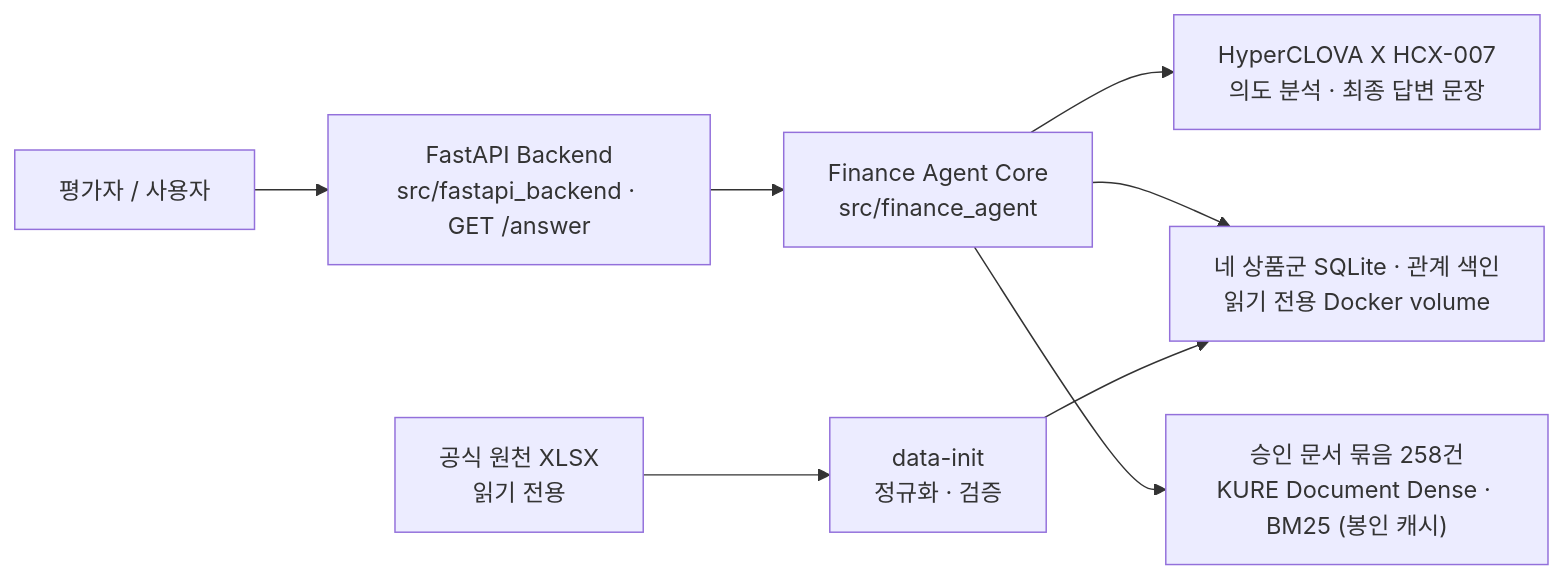
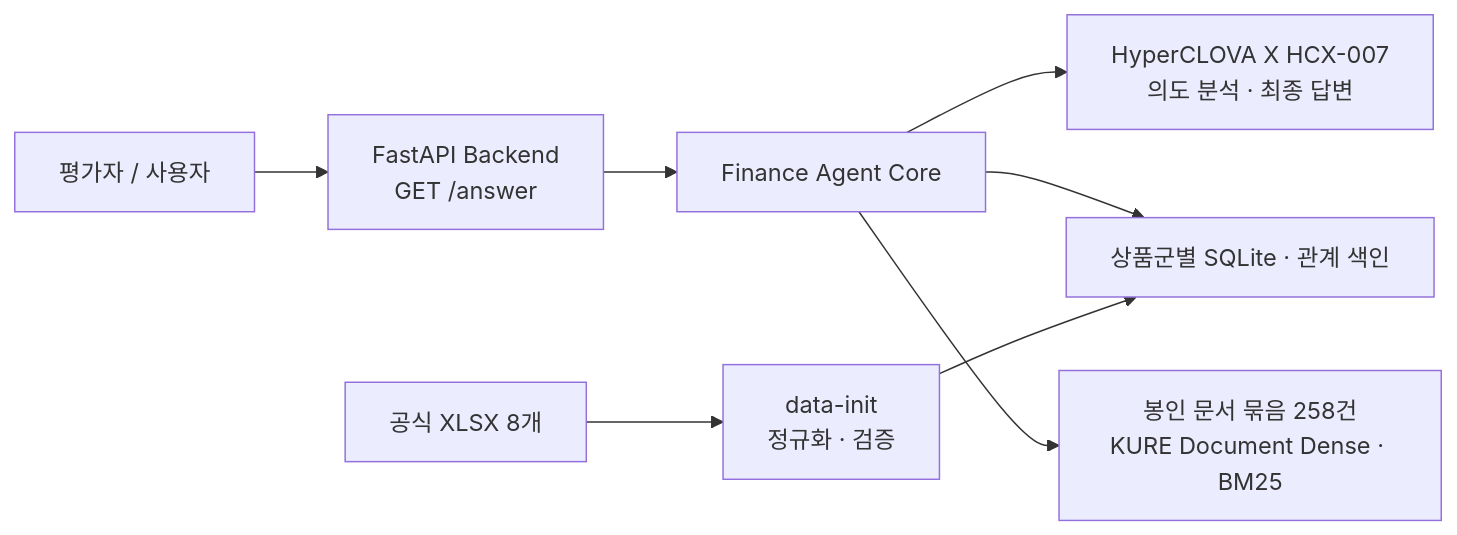
Before and after one commit to Hyunhoim/gaeng3: the diagram in README.md, drawn with Mermaid. The commit also changed other lines of this file, not shown here.

````diff
--- a/README.md
+++ b/README.md
@@ -38,10 +34,9 @@
 ```mermaid
 flowchart LR
-    U["평가자 / 사용자"] --> B["FastAPI Backend<br/>src/fastapi_backend · GET /answer"]
-    B --> A["Finance Agent Core<br/>src/finance_agent"]
-    A --> H["HyperCLOVA X HCX-007<br/>의도 분석 · 최종 답변 문장"]
-    A --> D["네 상품군 SQLite · 관계 색인<br/>읽기 전용 Docker volume"]
-    A --> C["승인 문서 묶음 258건<br/>KURE Document Dense · BM25 (봉인 캐시)"]
-    X["공식 원천 XLSX<br/>읽기 전용"] --> I["data-init<br/>정규화 · 검증"]
-    I --> D
+    U["평가자 / 사용자"] --> B["FastAPI Backend<br/>GET /answer"]
+    B --> A["Finance Agent Core"]
+    A --> H["HyperCLOVA X HCX-007<br/>의도 분석 · 최종 답변"]
+    A --> D["상품군별 SQLite · 관계 색인"]
+    A --> C["봉인 문서 묶음 258건<br/>KURE Document Dense · BM25"]
+    X["공식 XLSX 8개"] --> I["data-init<br/>정규화 · 검증"] --> D
 ```
````
